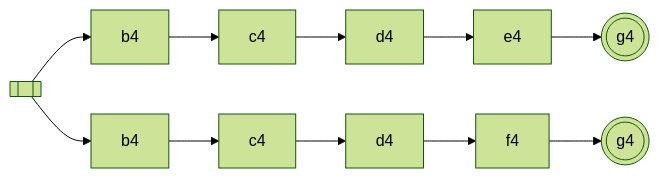
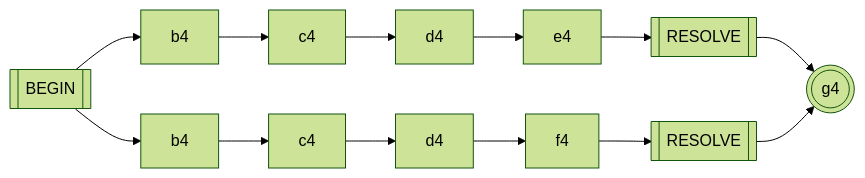
Before and after one commit to vczh-websites/vczh: diagram 23 of 24 in Blog/GLR-Refactoring/Mermaid.md, drawn with Mermaid (forest theme). The commit also changed other lines of this file and 1 other file, not shown here.

````diff
--- a/Blog/GLR-Refactoring/Mermaid.md
+++ b/Blog/GLR-Refactoring/Mermaid.md
@@ -608,5 +606,6 @@
 ```mermaid
 graph LR
-  S[[ ]]-->b4_1[b4]-->c4_1[c4]-->d4_1[d4]-->e4_1[e4]-->g4_1(((g4)))
-  S-->b4_2[b4]-->c4_2[c4]-->d4_2[d4]-->f4_2[f4]-->g4_2(((g4)))
+  S[[BEGIN]]-->b4_1[b4]-->c4_1[c4]-->d4_1[d4]-->e4_1[e4]-->R_1[[RESOLVE]]
+  S-->b4_2[b4]-->c4_2[c4]-->d4_2[d4]-->f4_2[f4]-->R_2[[RESOLVE]]
+  R_1 & R_2 --> g4(((g4)))
 ```
````
